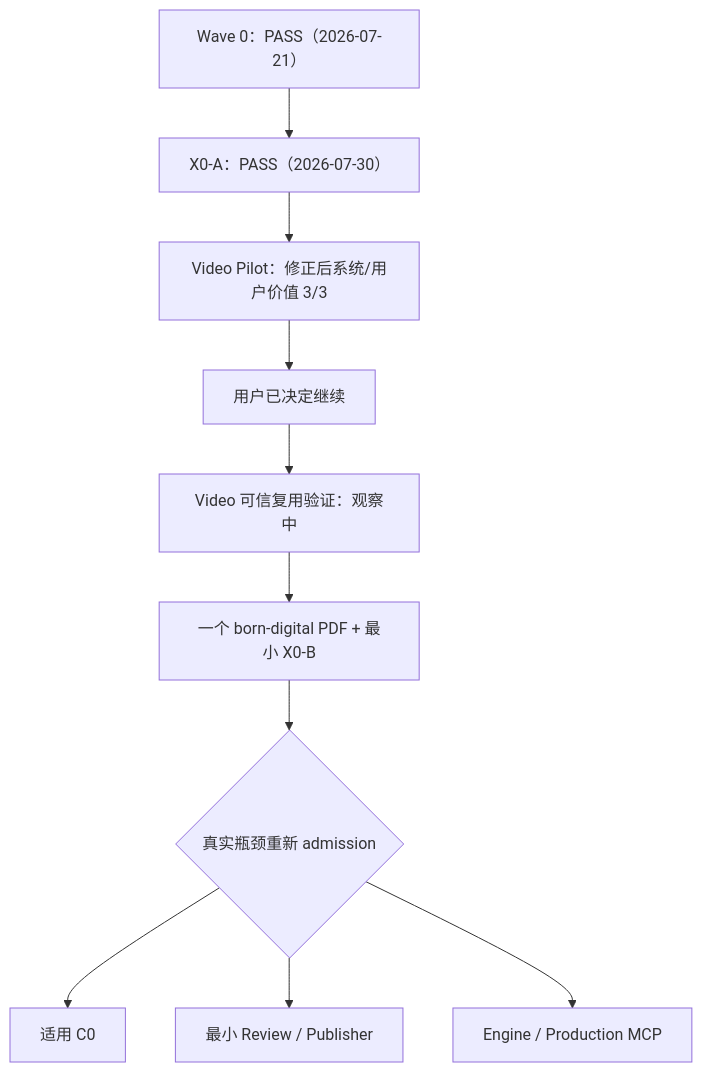
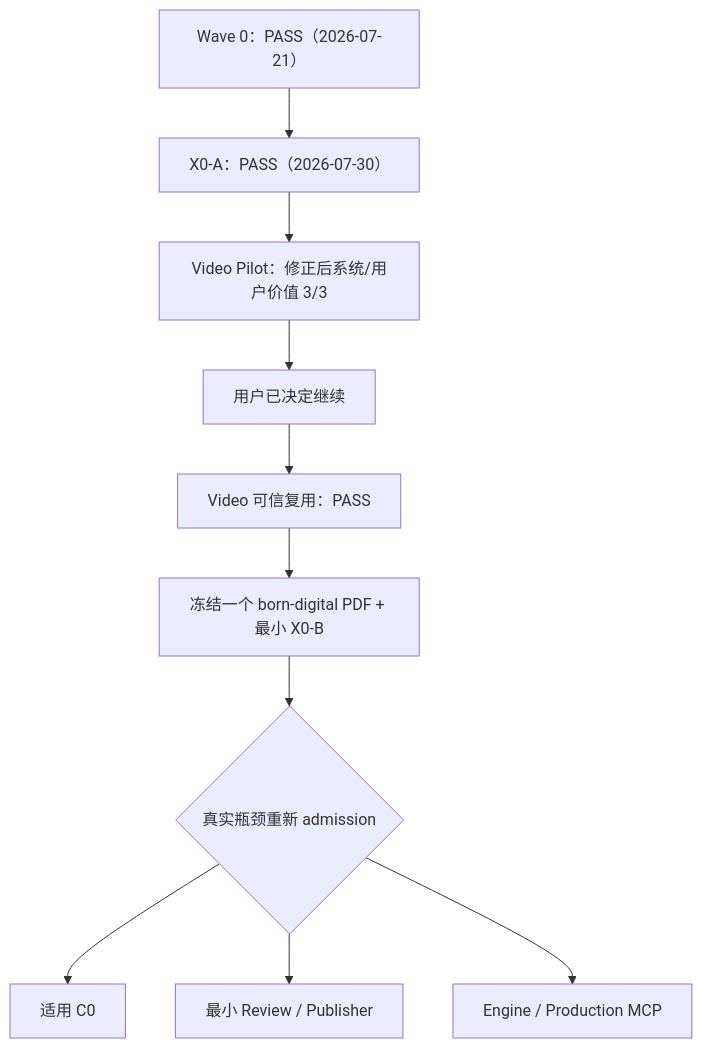
The second of 2 diagrams in docs/tasks/alltonote-design-coverage-matrix.md (xrunmasterx/AllToNote), drawn with Mermaid before and after one commit. The commit also changed other lines of this file and 5 other files, not shown here.

````diff
--- a/docs/tasks/alltonote-design-coverage-matrix.md
+++ b/docs/tasks/alltonote-design-coverage-matrix.md
@@ -227,12 +227,12 @@
 ```mermaid
 flowchart TD
     W0["Wave 0：PASS（2026-07-21）"] --> X0A["X0-A：PASS（2026-07-30）"]
     X0A --> VD["Video Pilot：修正后系统/用户价值 3/3"]
     VD --> DEC["用户已决定继续"]
-    DEC --> VR["Video 可信复用验证：观察中"]
-    VR --> PDF["一个 born-digital PDF + 最小 X0-B"]
+    DEC --> VR["Video 可信复用：PASS"]
+    VR --> PDF["冻结一个 born-digital PDF + 最小 X0-B"]
     PDF --> ADMIT{"真实瓶颈重新 admission"}
     ADMIT --> C0["适用 C0"]
     ADMIT --> ARP["最小 Review / Publisher"]
     ADMIT --> ENG["Engine / Production MCP"]
 ```
````
